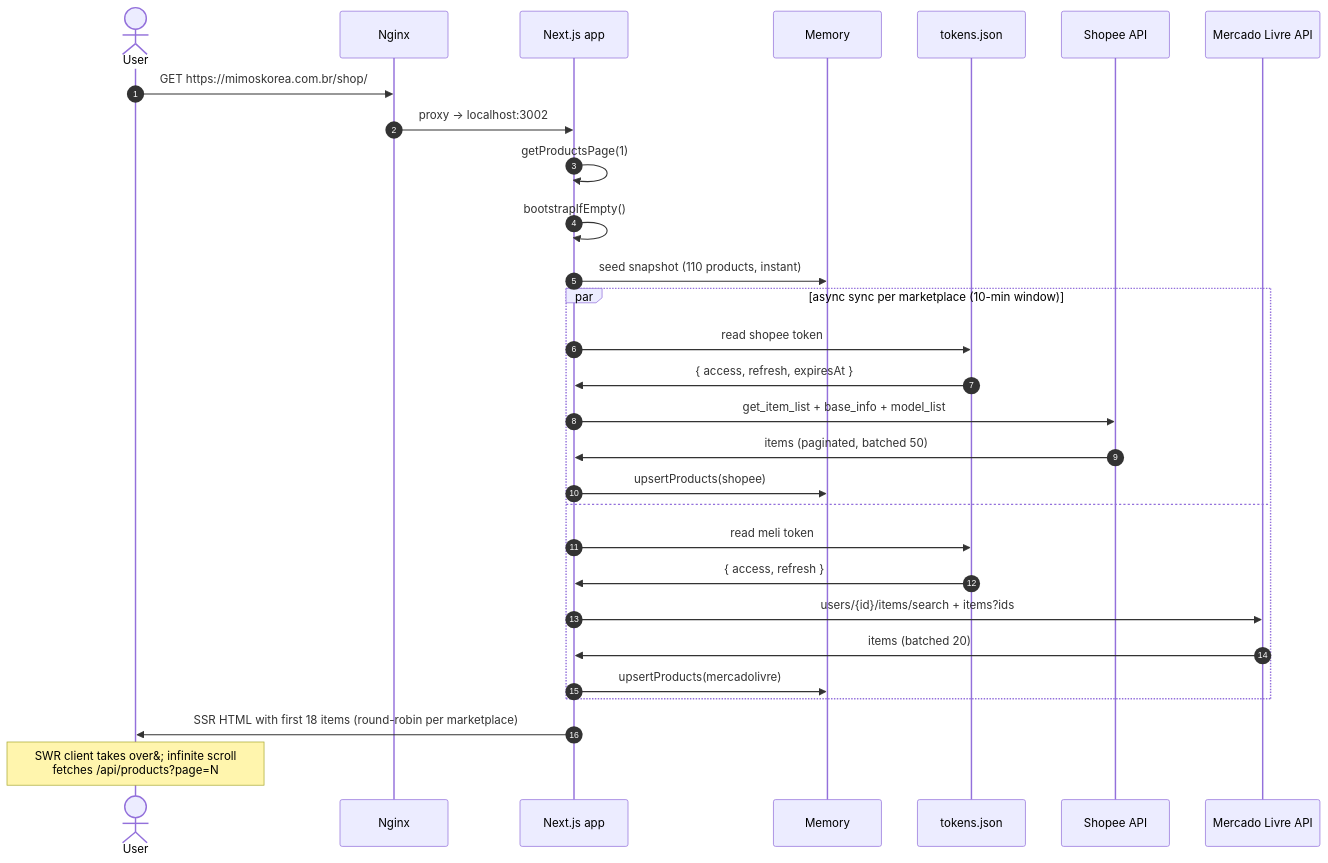
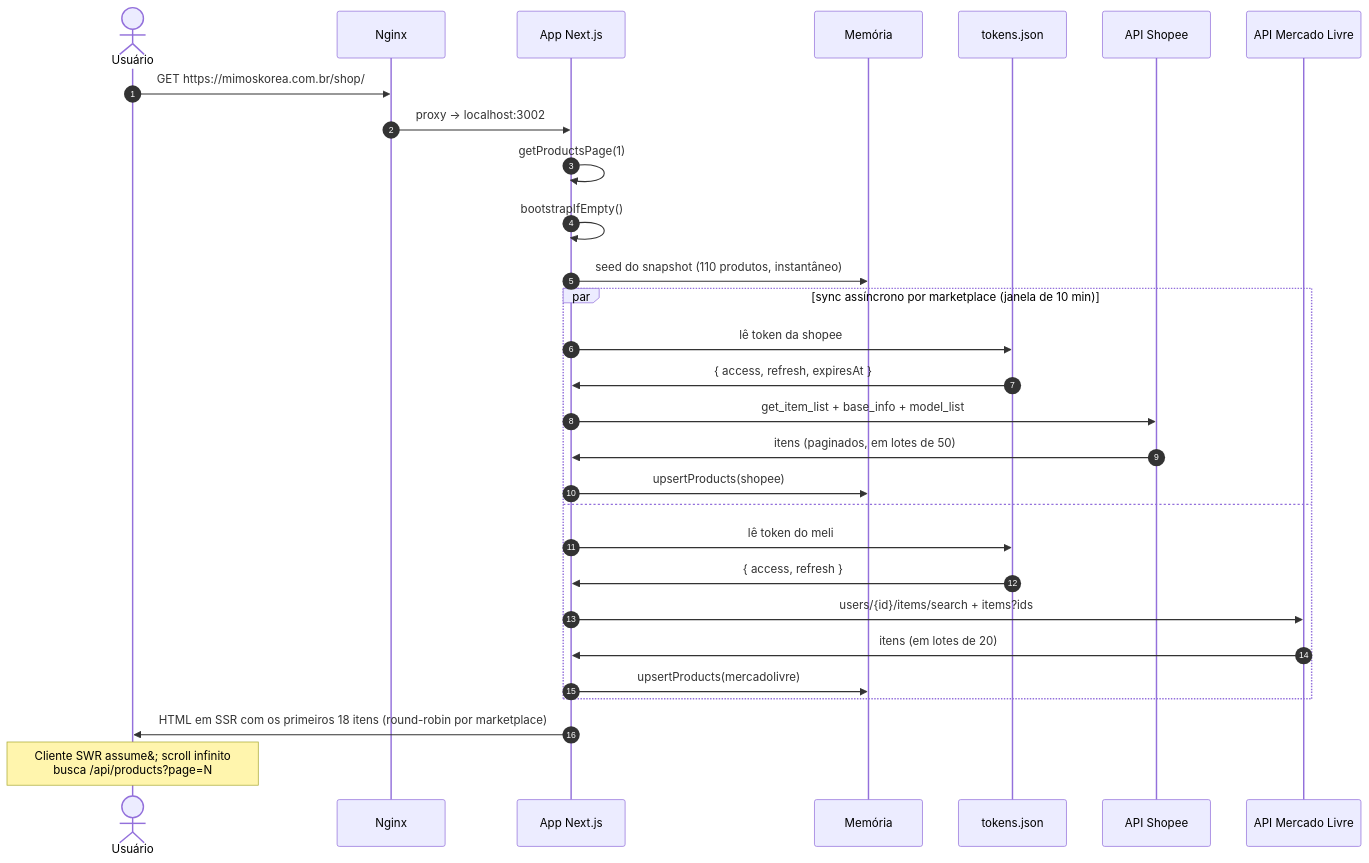
One commit to davccavalcante/mimoskorea-shop changed the second of 4 diagrams in README.md. Above: the diagram before and after it, drawn with Mermaid. The commit also changed other lines of this file and 8 other files, not shown here.

````diff
--- a/README.md
+++ b/README.md
@@ -113,32 +113,32 @@
 ```mermaid
 sequenceDiagram
     autonumber
-    actor U as User
+    actor U as Usuário
     participant N as Nginx
-    participant A as Next.js app
-    participant M as Memory
+    participant A as App Next.js
+    participant M as Memória
     participant F as tokens.json
-    participant S as Shopee API
-    participant L as Mercado Livre API
+    participant S as API Shopee
+    participant L as API Mercado Livre
 
     U->>N: GET https://mimoskorea.com.br/shop/
     N->>A: proxy → localhost:3002
     A->>A: getProductsPage(1)
     A->>A: bootstrapIfEmpty()
-    A->>M: seed snapshot (110 products, instant)
-    par async sync per marketplace (10-min window)
-        A->>F: read shopee token
+    A->>M: seed do snapshot (110 produtos, instantâneo)
+    par sync assíncrono por marketplace (janela de 10 min)
+        A->>F: lê token da shopee
         F->>A: { access, refresh, expiresAt }
         A->>S: get_item_list + base_info + model_list
-        S->>A: items (paginated, batched 50)
+        S->>A: itens (paginados, em lotes de 50)
         A->>M: upsertProducts(shopee)
     and
-        A->>F: read meli token
+        A->>F: lê token do meli
         F->>A: { access, refresh }
         A->>L: users/{id}/items/search + items?ids
-        L->>A: items (batched 20)
+        L->>A: itens (em lotes de 20)
         A->>M: upsertProducts(mercadolivre)
     end
-    A->>U: SSR HTML with first 18 items (round-robin per marketplace)
-    Note over U: SWR client takes over&#59; infinite scroll<br/>fetches /api/products?page=N
+    A->>U: HTML em SSR com os primeiros 18 itens (round-robin por marketplace)
+    Note over U: Cliente SWR assume&#59; scroll infinito<br/>busca /api/products?page=N
 ```
````
